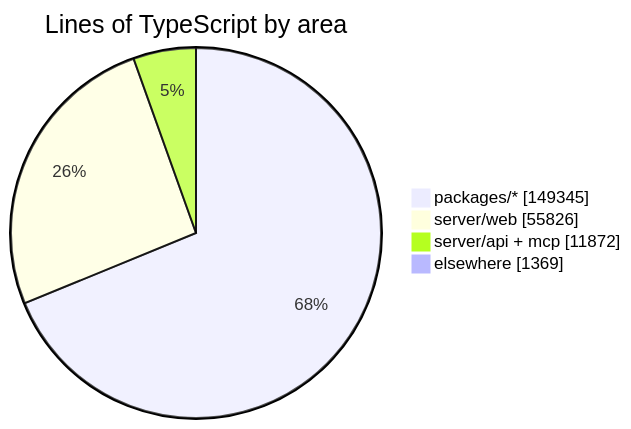
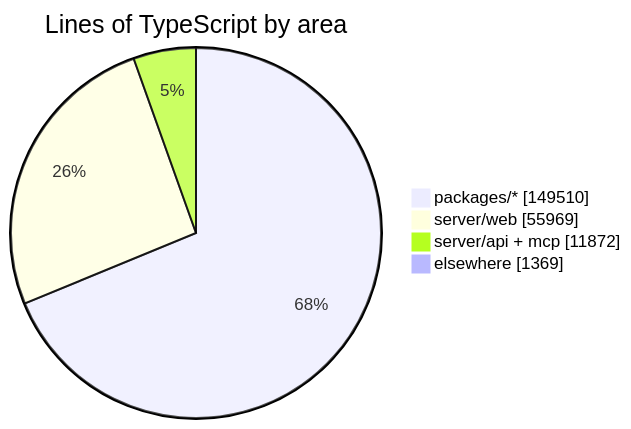
The diagram in README.md (crossworks-engineering/mantle), drawn with Mermaid before and after one commit. The commit also changed other lines of this file and 2 other files, not shown here.

````diff
--- a/README.md
+++ b/README.md
@@ -279,7 +279,7 @@
 ```mermaid
 pie showData title Lines of TypeScript by area
-    "packages/*" : 149345
-    "server/web" : 55826
+    "packages/*" : 149510
+    "server/web" : 55969
     "server/api + mcp" : 11872
     "elsewhere" : 1369
 ```
````
